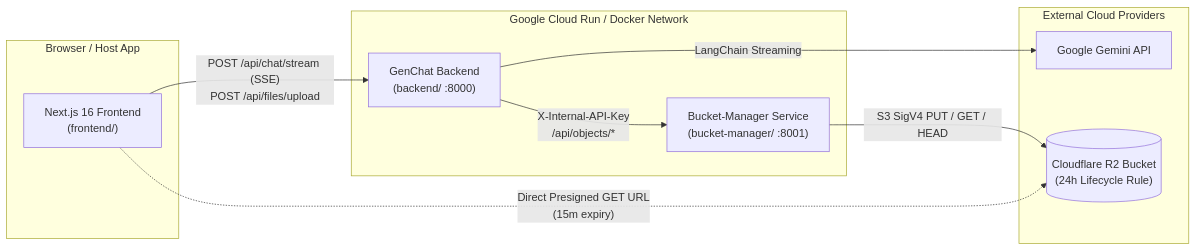
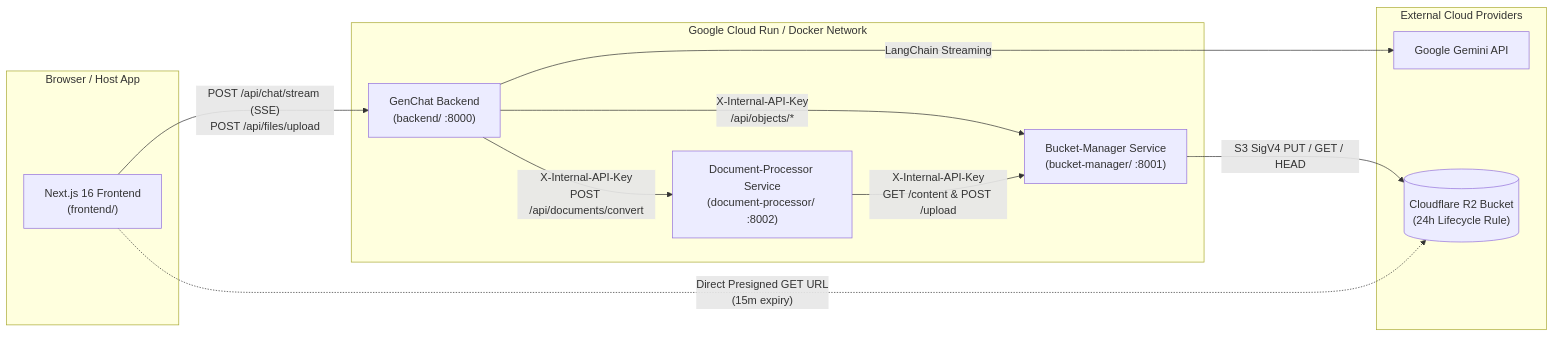
One commit to gengocodes/general_chat changed the diagram in README.md. Above: the diagram before and after it, drawn with Mermaid. The commit also changed other lines of this file and 46 other files, not shown here.

Commit message:
feat: add document-processor

````diff
--- a/README.md
+++ b/README.md
@@ -61,22 +74,25 @@
 ```mermaid
 flowchart LR
     subgraph Client["Browser / Host App"]
         FE["Next.js 16 Frontend\n(frontend/)"]
     end
 
     subgraph CloudRun["Google Cloud Run / Docker Network"]
         BE["GenChat Backend\n(backend/ :8000)"]
         BM["Bucket-Manager Service\n(bucket-manager/ :8001)"]
+        DP["Document-Processor Service\n(document-processor/ :8002)"]
     end
 
     subgraph External["External Cloud Providers"]
         Gemini["Google Gemini API"]
         R2[("Cloudflare R2 Bucket\n(24h Lifecycle Rule)")]
     end
 
     FE -->|"POST /api/chat/stream (SSE)\nPOST /api/files/upload"| BE
     BE -->|"X-Internal-API-Key\n/api/objects/*"| BM
+    BE -->|"X-Internal-API-Key\nPOST /api/documents/convert"| DP
+    DP -->|"X-Internal-API-Key\nGET /content & POST /upload"| BM
     BE -->|"LangChain Streaming"| Gemini
     BM -->|"S3 SigV4 PUT / GET / HEAD"| R2
     FE -.->|"Direct Presigned GET URL\n(15m expiry)"| R2
 ```
````
